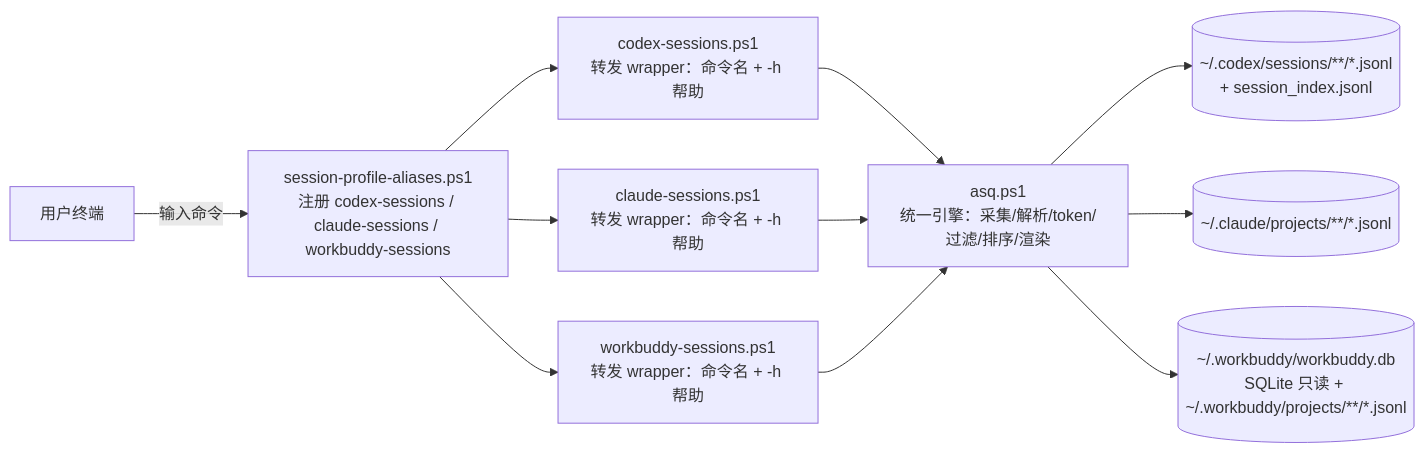
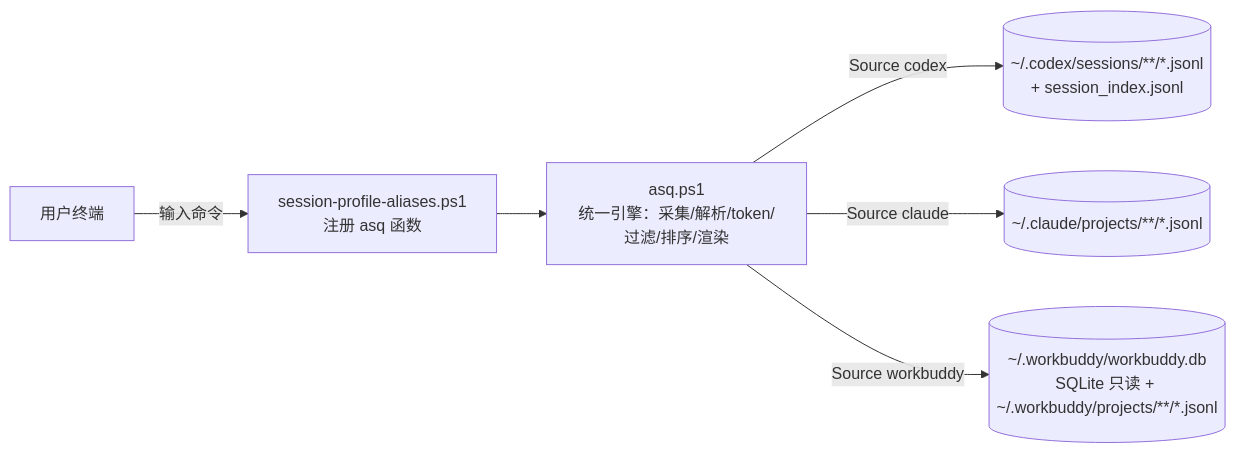
The first of 2 diagrams in README.md (iuuunlyk/AgentSessionQuery), drawn with Mermaid before and after one commit. The commit also changed other lines of this file and 9 other files, not shown here.

````diff
--- a/README.md
+++ b/README.md
@@ -27,13 +27,8 @@
 ```mermaid
 flowchart LR
-    U[用户终端] -->|输入命令| AL["session-profile-aliases.ps1<br/>注册 codex-sessions / claude-sessions / workbuddy-sessions"]
-    AL --> C["codex-sessions.ps1<br/>转发 wrapper：命令名 + -h 帮助"]
-    AL --> D["claude-sessions.ps1<br/>转发 wrapper：命令名 + -h 帮助"]
-    AL --> W["workbuddy-sessions.ps1<br/>转发 wrapper：命令名 + -h 帮助"]
-    C --> SQ["asq.ps1<br/>统一引擎：采集/解析/token/过滤/排序/渲染"]
-    D --> SQ
-    W --> SQ
-    SQ --> CD[("~/.codex/sessions/**/*.jsonl<br/>+ session_index.jsonl")]
-    SQ --> CL[("~/.claude/projects/**/*.jsonl")]
-    SQ --> WB[("~/.workbuddy/workbuddy.db<br/>SQLite 只读 + ~/.workbuddy/projects/**/*.jsonl")]
+    U[用户终端] -->|输入命令| AL["session-profile-aliases.ps1<br/>注册 asq 函数"]
+    AL --> SQ["asq.ps1<br/>统一引擎：采集/解析/token/过滤/排序/渲染"]
+    SQ -->|Source codex| CD[("~/.codex/sessions/**/*.jsonl<br/>+ session_index.jsonl")]
+    SQ -->|Source claude| CL[("~/.claude/projects/**/*.jsonl")]
+    SQ -->|Source workbuddy| WB[("~/.workbuddy/workbuddy.db<br/>SQLite 只读 + ~/.workbuddy/projects/**/*.jsonl")]
 ```
````
